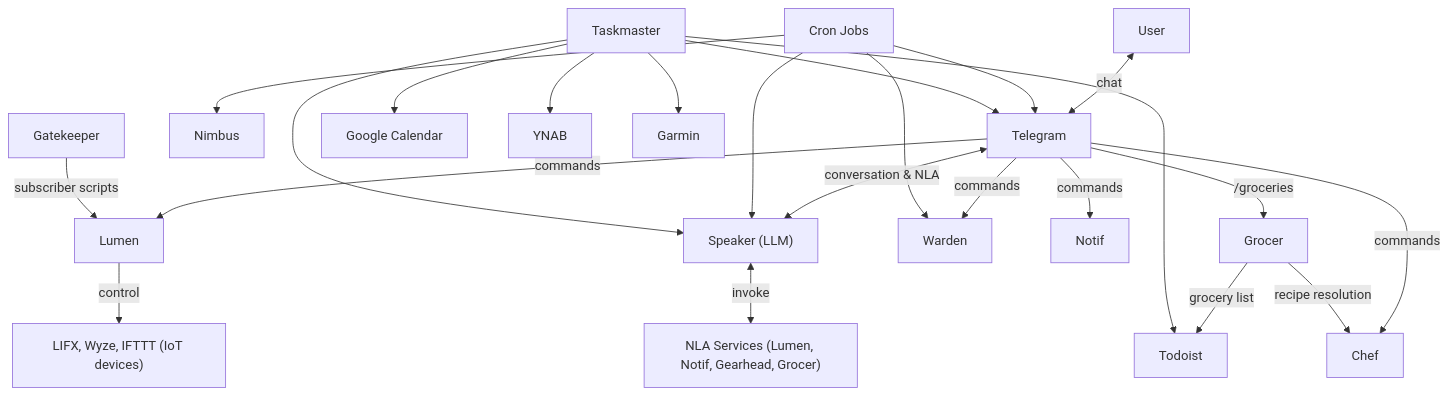
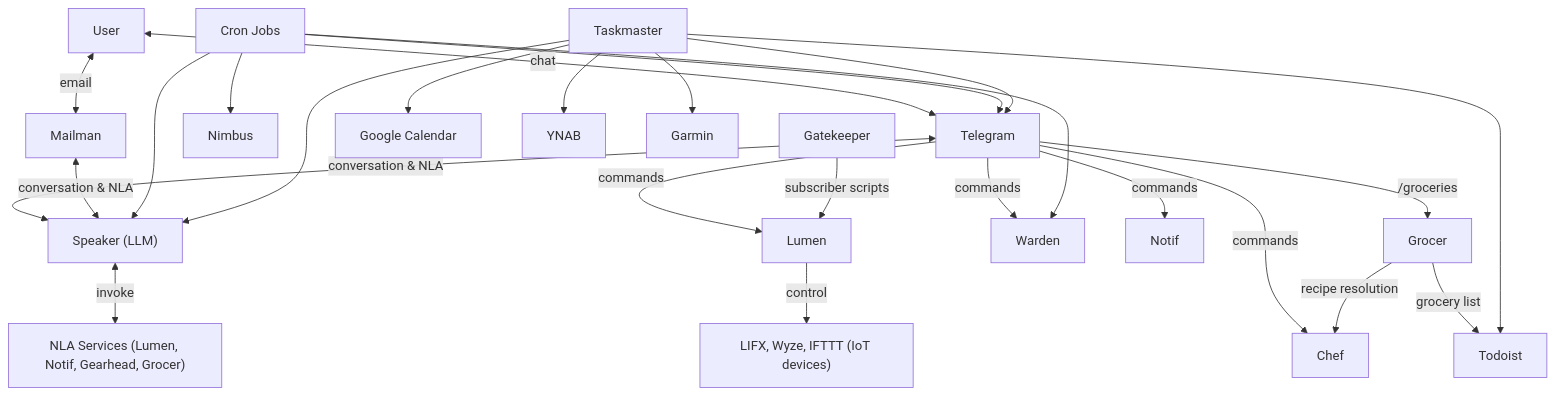
One commit to cwshugg/dimrod changed the diagram in docs/services/README.md. Above: the diagram before and after it, drawn with Mermaid. The commit also changed other lines of this file and 10 other files, not shown here.

Commit message:
updated speaker to include NLAs in conversations; added new 'mailman' service to communicate over email

````diff
--- a/docs/services/README.md
+++ b/docs/services/README.md
@@ -29,25 +30,27 @@
 ```mermaid
 graph TD
     User <-->|chat| Telegram
+    User <-->|email| Mailman
     Telegram <-->|conversation & NLA| Speaker["Speaker (LLM)"]
+    Mailman <-->|conversation & NLA| Speaker
     Speaker <-->|invoke| NLA["NLA Services (Lumen, Notif, Gearhead, Grocer)"]
     Telegram -->|commands| Lumen
     Telegram -->|commands| Warden
     Telegram -->|commands| Notif
     Telegram -->|commands| Chef
     Telegram -->|/groceries| Grocer
     Grocer -->|recipe resolution| Chef
     Grocer -->|grocery list| Todoist
     Lumen -->|control| IoT["LIFX, Wyze, IFTTT (IoT devices)"]
     Cron["Cron Jobs"] --> Nimbus
     Cron --> Warden
     Cron --> Telegram
     Cron --> Speaker
     Gatekeeper -->|subscriber scripts| Lumen
     Taskmaster --> Todoist
     Taskmaster --> GoogleCal["Google Calendar"]
     Taskmaster --> YNAB
     Taskmaster --> Garmin
     Taskmaster --> Speaker
     Taskmaster --> Telegram
 ```
````
